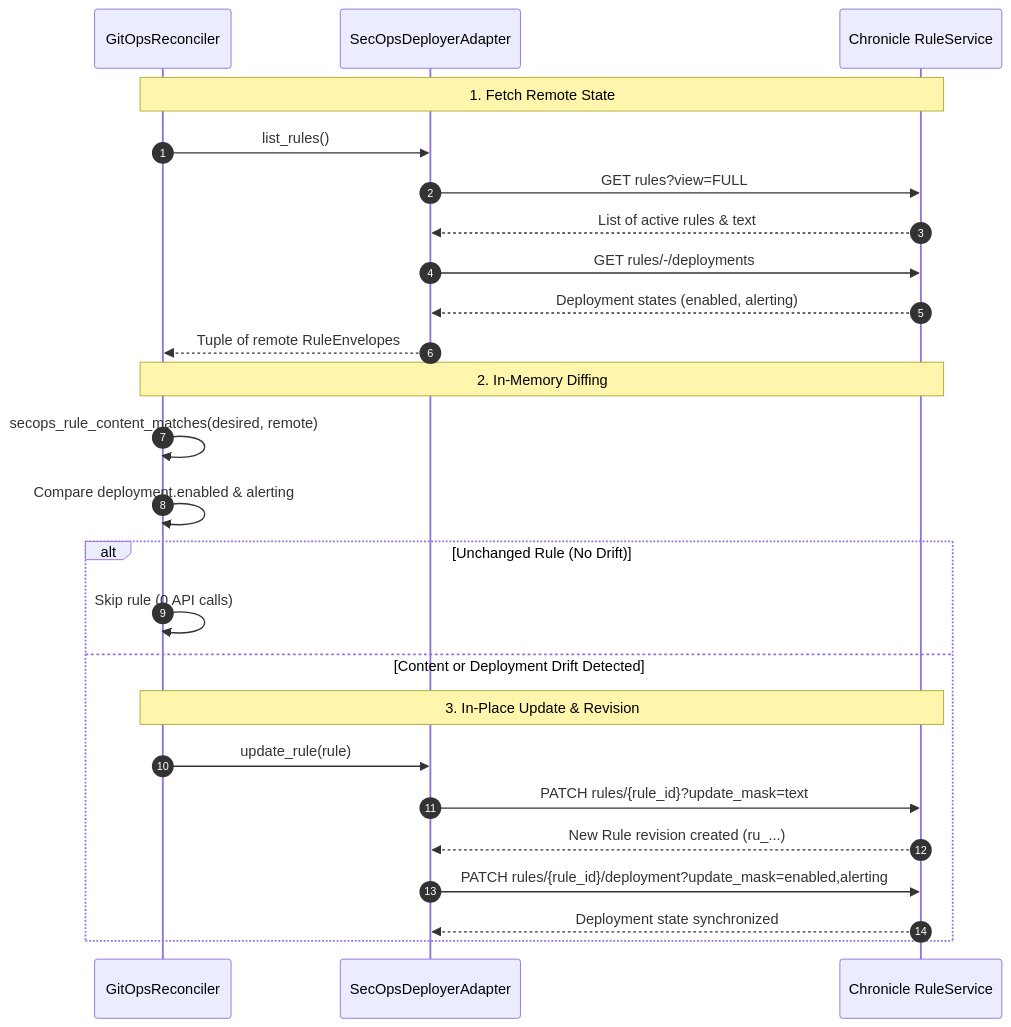
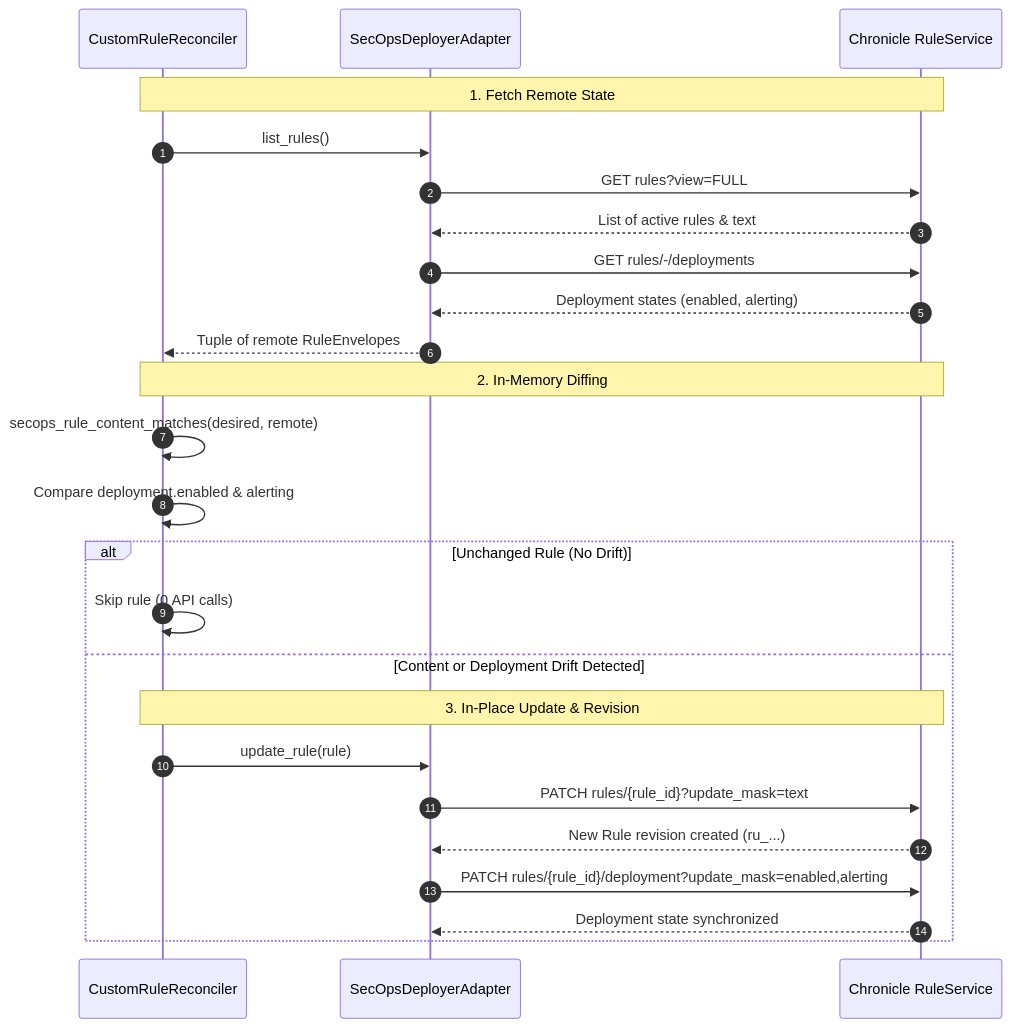
The fifth of 6 diagrams in src/graft/engines/secops/docs/README.md (lopes/graft), drawn with Mermaid before and after one commit. The commit also changed other lines of this file and 73 other files, not shown here.

````diff
--- a/src/graft/engines/secops/docs/README.md
+++ b/src/graft/engines/secops/docs/README.md
@@ -534,30 +544,30 @@
 ```mermaid
 sequenceDiagram
     autonumber
-    participant Core as GitOpsReconciler
+    participant Core as CustomRuleReconciler
     participant Adapter as SecOpsDeployerAdapter
     participant API as Chronicle RuleService
 
     Note over Core,API: 1. Fetch Remote State
     Core->>Adapter: list_rules()
     Adapter->>API: GET rules?view=FULL
     API-->>Adapter: List of active rules & text
     Adapter->>API: GET rules/-/deployments
     API-->>Adapter: Deployment states (enabled, alerting)
     Adapter-->>Core: Tuple of remote RuleEnvelopes
 
     Note over Core,API: 2. In-Memory Diffing
     Core->>Core: secops_rule_content_matches(desired, remote)
     Core->>Core: Compare deployment.enabled & alerting
 
     alt Unchanged Rule (No Drift)
         Core->>Core: Skip rule (0 API calls)
     else Content or Deployment Drift Detected
         Note over Core,API: 3. In-Place Update & Revision
         Core->>Adapter: update_rule(rule)
         Adapter->>API: PATCH rules/{rule_id}?update_mask=text
         API-->>Adapter: New Rule revision created (ru_...)
         Adapter->>API: PATCH rules/{rule_id}/deployment?update_mask=enabled,alerting
         API-->>Adapter: Deployment state synchronized
     end
 ```
````
